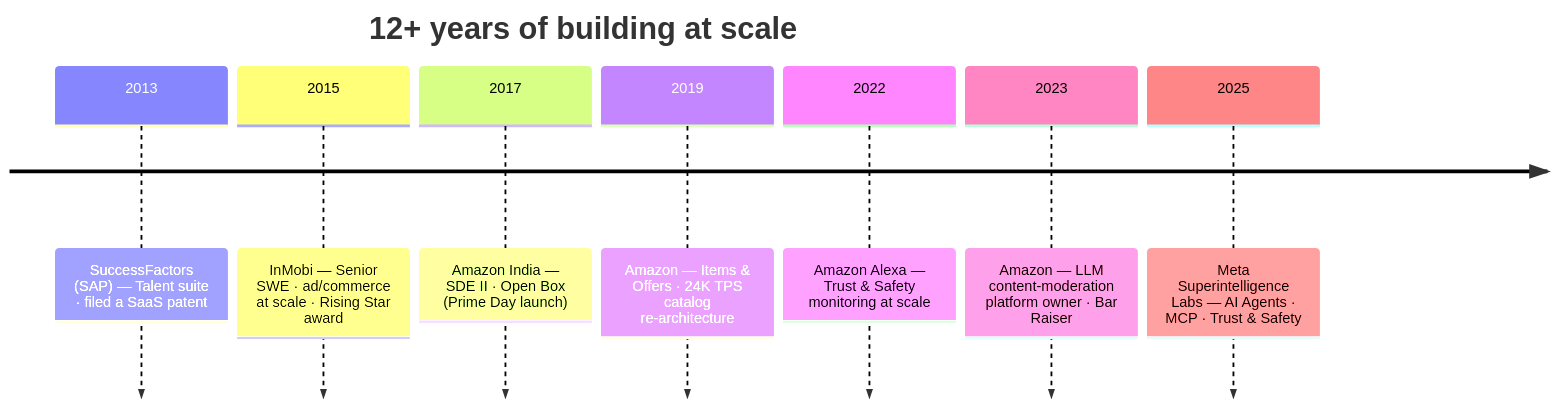
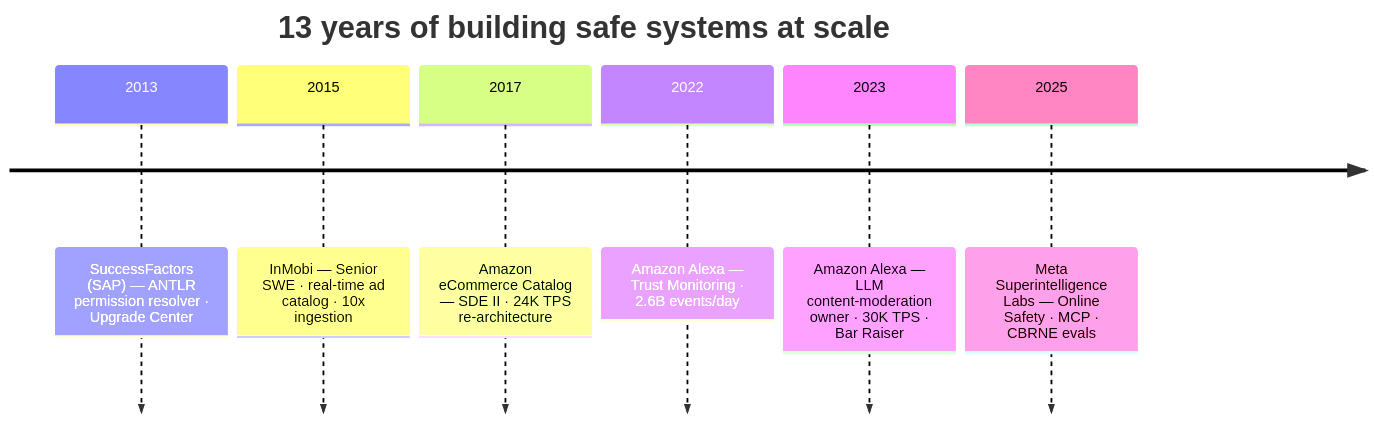
Before and after one commit to yogeeshr/yogeeshr: the diagram in README.md, drawn with Mermaid. The commit also changed other lines of this file, not shown here.

````diff
--- a/README.md
+++ b/README.md
@@ -82,11 +101,10 @@
 ```mermaid
 timeline
-    title 12+ years of building at scale
-    2013 : SuccessFactors (SAP) — Talent suite · filed a SaaS patent
-    2015 : InMobi — Senior SWE · ad/commerce at scale · Rising Star award
-    2017 : Amazon India — SDE II · Open Box (Prime Day launch)
-    2019 : Amazon — Items & Offers · 24K TPS catalog re-architecture
-    2022 : Amazon Alexa — Trust & Safety monitoring at scale
-    2023 : Amazon — LLM content-moderation platform owner · Bar Raiser
-    2025 : Meta Superintelligence Labs — AI Agents · MCP · Trust & Safety
+    title 13 years of building safe systems at scale
+    2013 : SuccessFactors (SAP) — ANTLR permission resolver · Upgrade Center
+    2015 : InMobi — Senior SWE · real-time ad catalog · 10x ingestion
+    2017 : Amazon eCommerce Catalog — SDE II · 24K TPS re-architecture
+    2022 : Amazon Alexa — Trust Monitoring · 2.6B events/day
+    2023 : Amazon Alexa — LLM content-moderation owner · 30K TPS · Bar Raiser
+    2025 : Meta Superintelligence Labs — Online Safety · MCP · CBRNE evals
 ```
````
